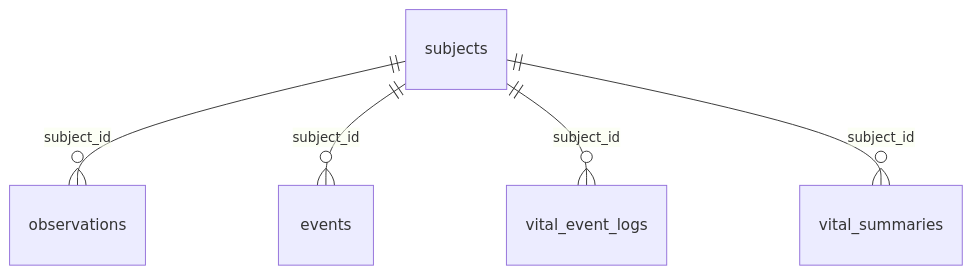
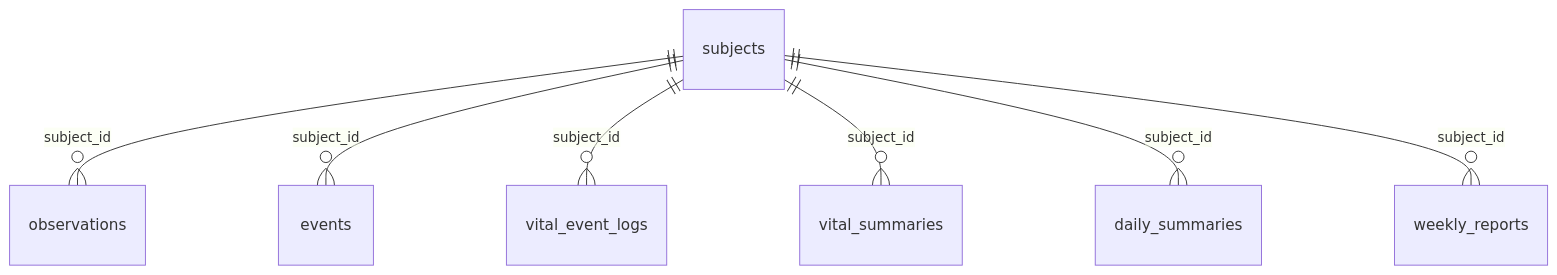
The diagram in db/docs/PostgreSQL_ERD_데이터사전.md (Astinger8/capstone), drawn with Mermaid before and after one commit. The commit also changed other lines of this file and 10 other files, not shown here.

````diff
--- a/db/docs/PostgreSQL_ERD_데이터사전.md
+++ b/db/docs/PostgreSQL_ERD_데이터사전.md
@@ -7,7 +7,9 @@
 ```mermaid
 erDiagram
     subjects ||--o{ observations : "subject_id"
     subjects ||--o{ events : "subject_id"
     subjects ||--o{ vital_event_logs : "subject_id"
     subjects ||--o{ vital_summaries : "subject_id"
+    subjects ||--o{ daily_summaries : "subject_id"
+    subjects ||--o{ weekly_reports : "subject_id"
 ```
````
